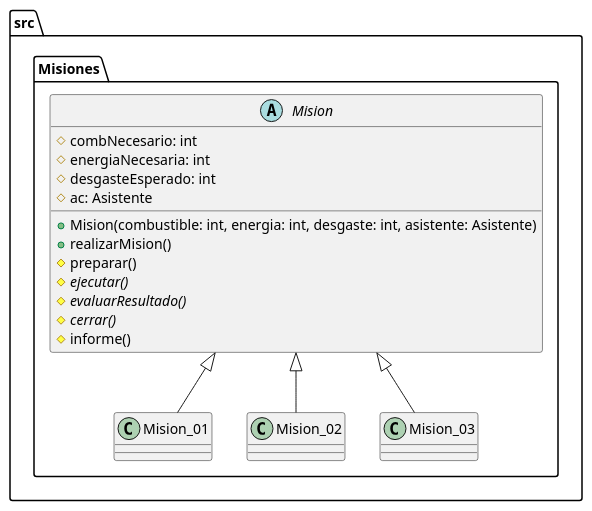
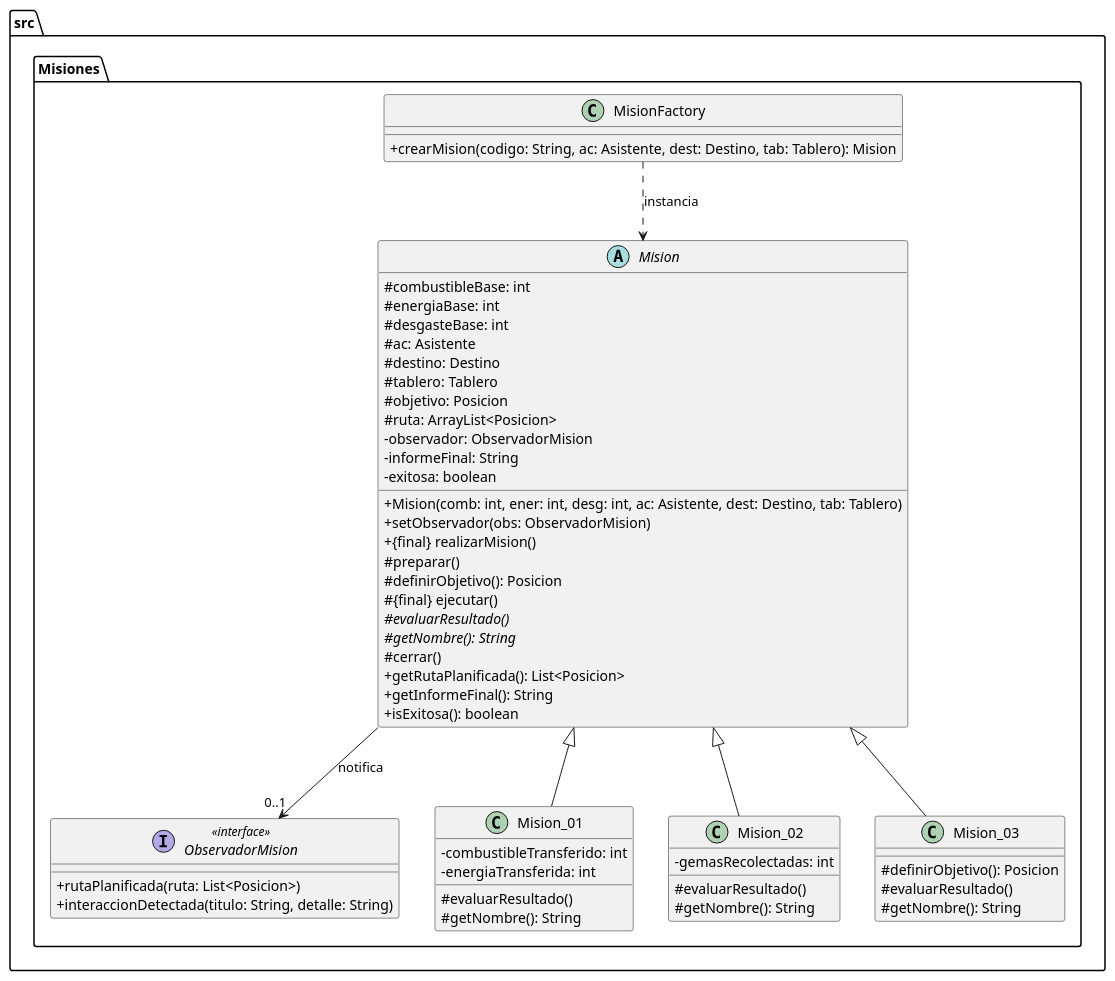
Before and after one commit to JoacoOlmos25/ProyectoProgra3-EmbarcadoDeNaveIntelestelar: the diagram in TP/documentos/UMLs/MisioneUml.puml, drawn with PlantUML. The commit also changed 119 other files, not shown here.

```diff
--- a/TP/documentos/UMLs/MisioneUml.puml
+++ b/TP/documentos/UMLs/MisioneUml.puml
@@ -1,21 +1,60 @@
 @startuml
+skinparam classAttributeIconSize 0
+
 package src.Misiones {
-    abstract class Mision {
-        # combNecesario: int
-        # energiaNecesaria: int
-        # desgasteEsperado: int
-        # ac: Asistente
-        + Mision(combustible: int, energia: int, desgaste: int, asistente: Asistente)
-        + realizarMision()
-        # preparar()
-        # {abstract} ejecutar()
-        # {abstract} evaluarResultado()
-        # {abstract} cerrar()
-        # informe()
+    interface ObservadorMision <<interface>> {
+        + rutaPlanificada(ruta: List<Posicion>)
+        + interaccionDetectada(titulo: String, detalle: String)
     }
 
-    class Mision_01 extends Mision
-    class Mision_02 extends Mision
-    class Mision_03 extends Mision
+    abstract class Mision {
+        # combustibleBase: int
+        # energiaBase: int
+        # desgasteBase: int
+        # ac: Asistente
+        # destino: Destino
+        # tablero: Tablero
+        # objetivo: Posicion
+        # ruta: ArrayList<Posicion>
+        - observador: ObservadorMision
+        - informeFinal: String
+        - exitosa: boolean
+        + Mision(comb: int, ener: int, desg: int, ac: Asistente, dest: Destino, tab: Tablero)
+        + setObservador(obs: ObservadorMision)
+        + {final} realizarMision()
+        # preparar()
+        # definirObjetivo(): Posicion
+        # {final} ejecutar()
+        # {abstract} evaluarResultado()
+        # {abstract} getNombre(): String
+        # cerrar()
+        + getRutaPlanificada(): List<Posicion>
+        + getInformeFinal(): String
+        + isExitosa(): boolean
+    }
+
+    class Mision_01 extends Mision {
+        - combustibleTransferido: int
+        - energiaTransferida: int
+        # evaluarResultado()
+        # getNombre(): String
+    }
+    class Mision_02 extends Mision {
+        - gemasRecolectadas: int
+        # evaluarResultado()
+        # getNombre(): String
+    }
+    class Mision_03 extends Mision {
+        # definirObjetivo(): Posicion
+        # evaluarResultado()
+        # getNombre(): String
+    }
+
+    class MisionFactory {
+        + crearMision(codigo: String, ac: Asistente, dest: Destino, tab: Tablero): Mision
+    }
+
+    Mision --> "0..1" ObservadorMision : "notifica"
+    MisionFactory ..> Mision : "instancia"
 }
 @enduml
```
